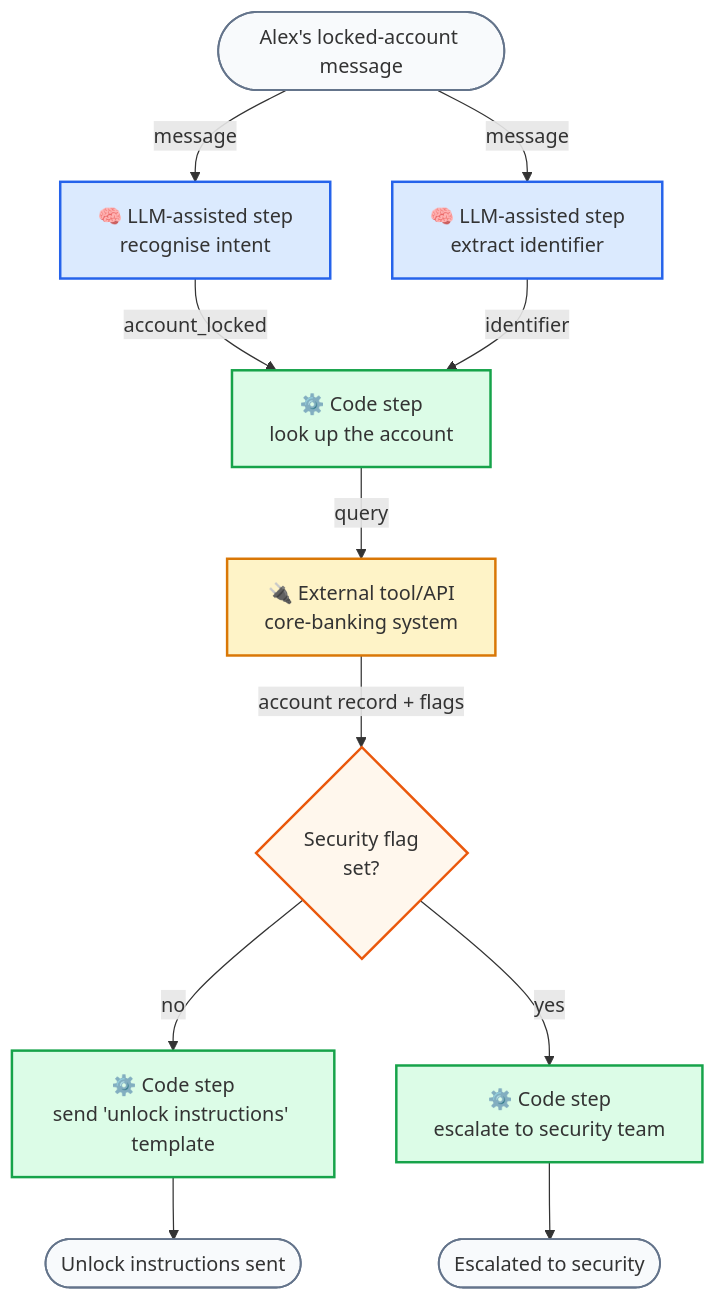
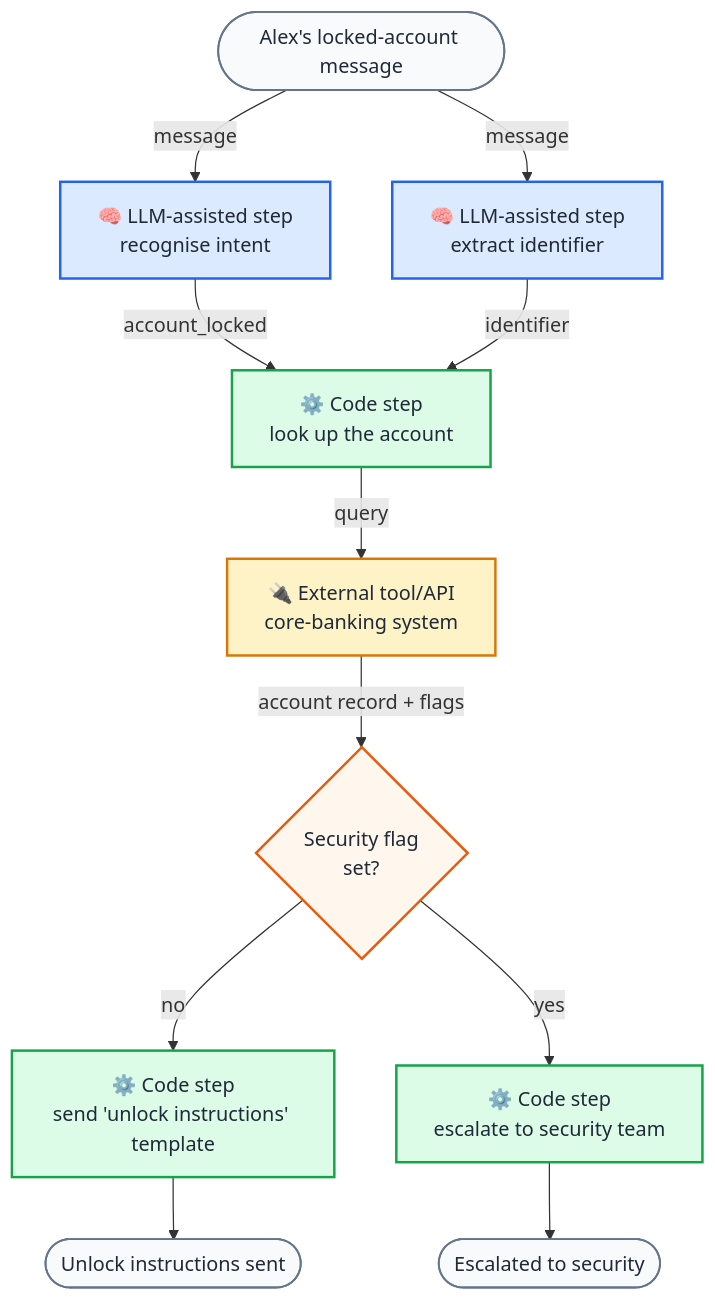
One commit to FridljDa/FridljDa.github.io changed the second of 4 diagrams in src/content/blog/workflow-vs-agent.mdx. Above: the diagram before and after it, drawn with Mermaid. The commit also changed other lines of this file and 32 other files, not shown here.

````diff
--- a/src/content/blog/workflow-vs-agent.mdx
+++ b/src/content/blog/workflow-vs-agent.mdx
@@ -95,35 +78,35 @@
 ```mermaid
 flowchart TD
     INPUT(["Alex's locked-account message"])
     L1["🧠 LLM-assisted step<br/>recognise intent"]
     L2["🧠 LLM-assisted step<br/>extract identifier"]
     C1["⚙️ Code step<br/>look up the account"]
     T1["🔌 External tool/API<br/>core-banking system"]
     D1{"Security flag<br/>set?"}
     C2["⚙️ Code step<br/>send 'unlock instructions' template"]
     C3["⚙️ Code step<br/>escalate to security team"]
     OUT1(["Unlock instructions sent"])
     OUT2(["Escalated to security"])
 
     INPUT -->|"message"| L1
     INPUT -->|"message"| L2
     L1 -->|"account_locked"| C1
     L2 -->|"identifier"| C1
     C1 -->|"query"| T1
     T1 -->|"account record + flags"| D1
     D1 -->|"no"| C2
     D1 -->|"yes"| C3
     C2 --> OUT1
     C3 --> OUT2
 
-    classDef llm fill:#dbeafe,stroke:#2563eb,stroke-width:2px
-    classDef code fill:#dcfce7,stroke:#16a34a,stroke-width:2px
-    classDef tool fill:#fef3c7,stroke:#d97706,stroke-width:2px
-    classDef decision fill:#fff7ed,stroke:#ea580c,stroke-width:2px
-    classDef terminal fill:#f8fafc,stroke:#64748b,stroke-width:1.5px
+    classDef llm fill:#dbeafe,stroke:#2563eb,stroke-width:2px,color:#1f2937
+    classDef code fill:#dcfce7,stroke:#16a34a,stroke-width:2px,color:#1f2937
+    classDef tool fill:#fef3c7,stroke:#d97706,stroke-width:2px,color:#1f2937
+    classDef decision fill:#fff7ed,stroke:#ea580c,stroke-width:2px,color:#1f2937
+    classDef terminal fill:#f8fafc,stroke:#64748b,stroke-width:1.5px,color:#1f2937
     class L1,L2 llm
     class C1,C2,C3 code
     class T1 tool
     class D1 decision
     class INPUT,OUT1,OUT2 terminal
 ```
````
